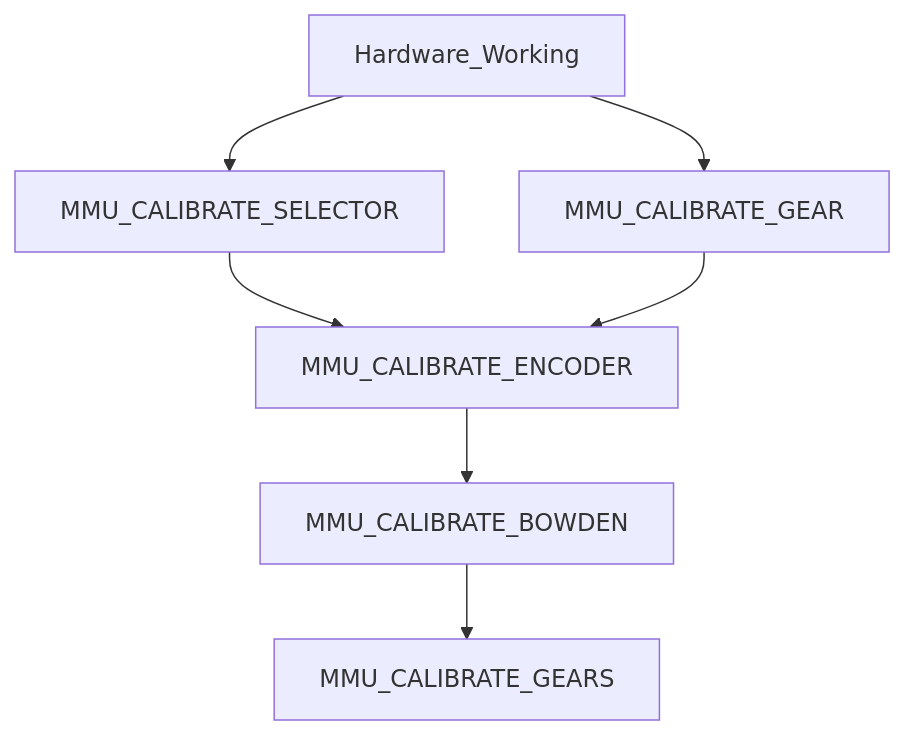
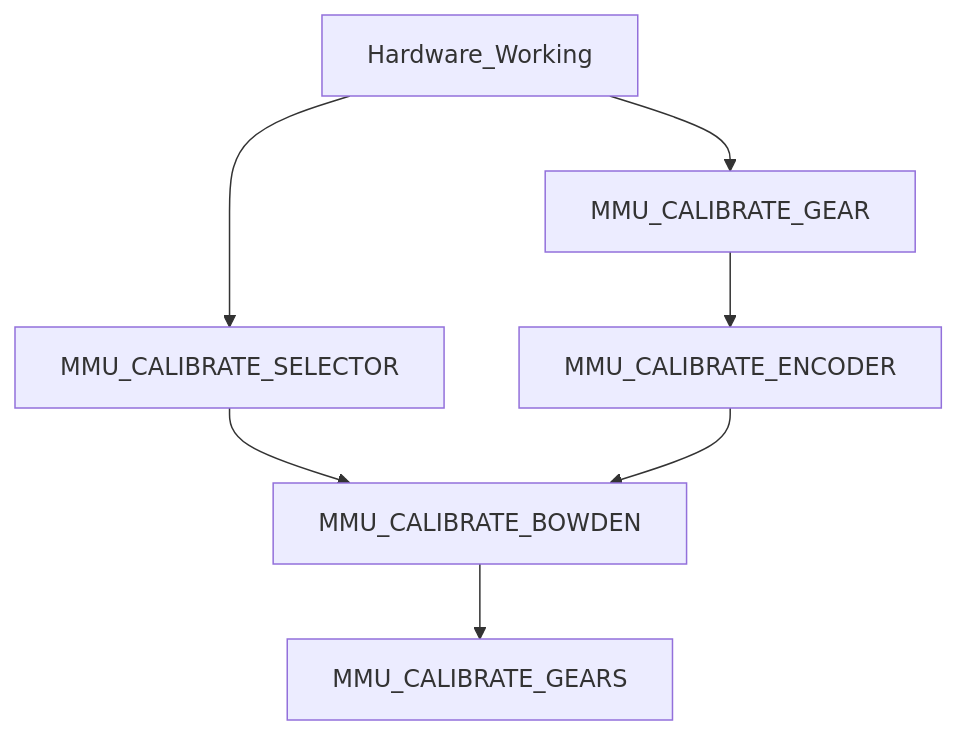
One commit to moggieuk/Happy-Hare changed the diagram in doc/calibration.md. Above: the diagram before and after it, drawn with Mermaid. The commit also changed other lines of this file, not shown here.

````diff
--- a/doc/calibration.md
+++ b/doc/calibration.md
@@ -7,9 +7,9 @@
 ```mermaid
 graph TD;
     Hardware_Working --> MMU_CALIBRATE_SELECTOR
-    MMU_CALIBRATE_SELECTOR --> MMU_CALIBRATE_ENCODER
+    MMU_CALIBRATE_SELECTOR --> MMU_CALIBRATE_BOWDEN
     Hardware_Working --> MMU_CALIBRATE_GEAR
     MMU_CALIBRATE_GEAR --> MMU_CALIBRATE_ENCODER
     MMU_CALIBRATE_ENCODER --> MMU_CALIBRATE_BOWDEN
     MMU_CALIBRATE_BOWDEN --> MMU_CALIBRATE_GEARS
 ```
````
